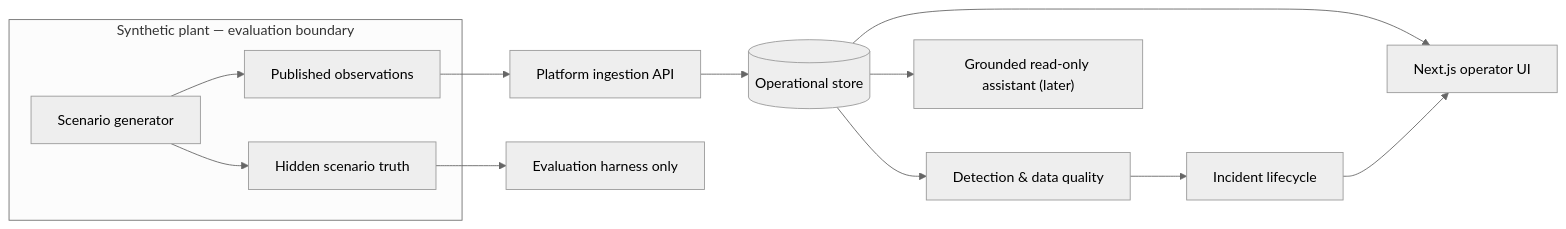
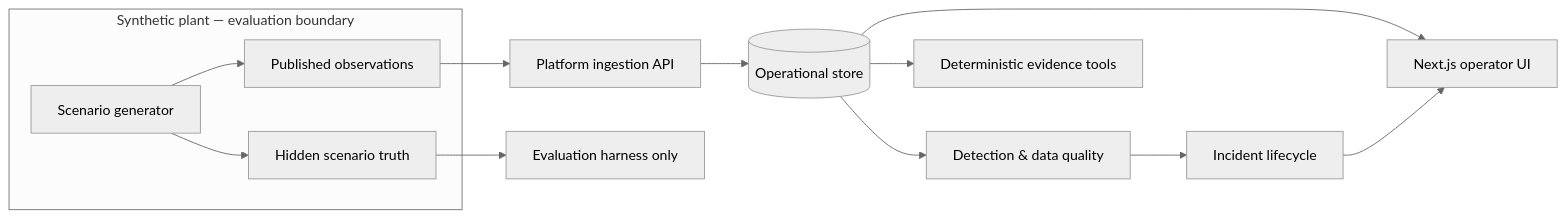
One commit to mflorek01/sonoranops changed the diagram in docs/ARCHITECTURE.md. Above: the diagram before and after it, drawn with Mermaid (neutral theme). The commit also changed other lines of this file and 31 other files, not shown here.

````diff
--- a/docs/ARCHITECTURE.md
+++ b/docs/ARCHITECTURE.md
@@ -7,15 +7,15 @@
 ```mermaid
 flowchart LR
   subgraph SP["Synthetic plant — evaluation boundary"]
     G["Scenario generator"] --> P["Published observations"]
     G --> T["Hidden scenario truth"]
   end
   P --> I["Platform ingestion API"]
   I --> D[("Operational store")]
   D --> A["Detection & data quality"]
   A --> C["Incident lifecycle"]
   D --> U["Next.js operator UI"]
   C --> U
-  D --> R["Grounded read-only assistant (later)"]
+  D --> R["Deterministic evidence tools"]
   T --> E["Evaluation harness only"]
 ```
````
